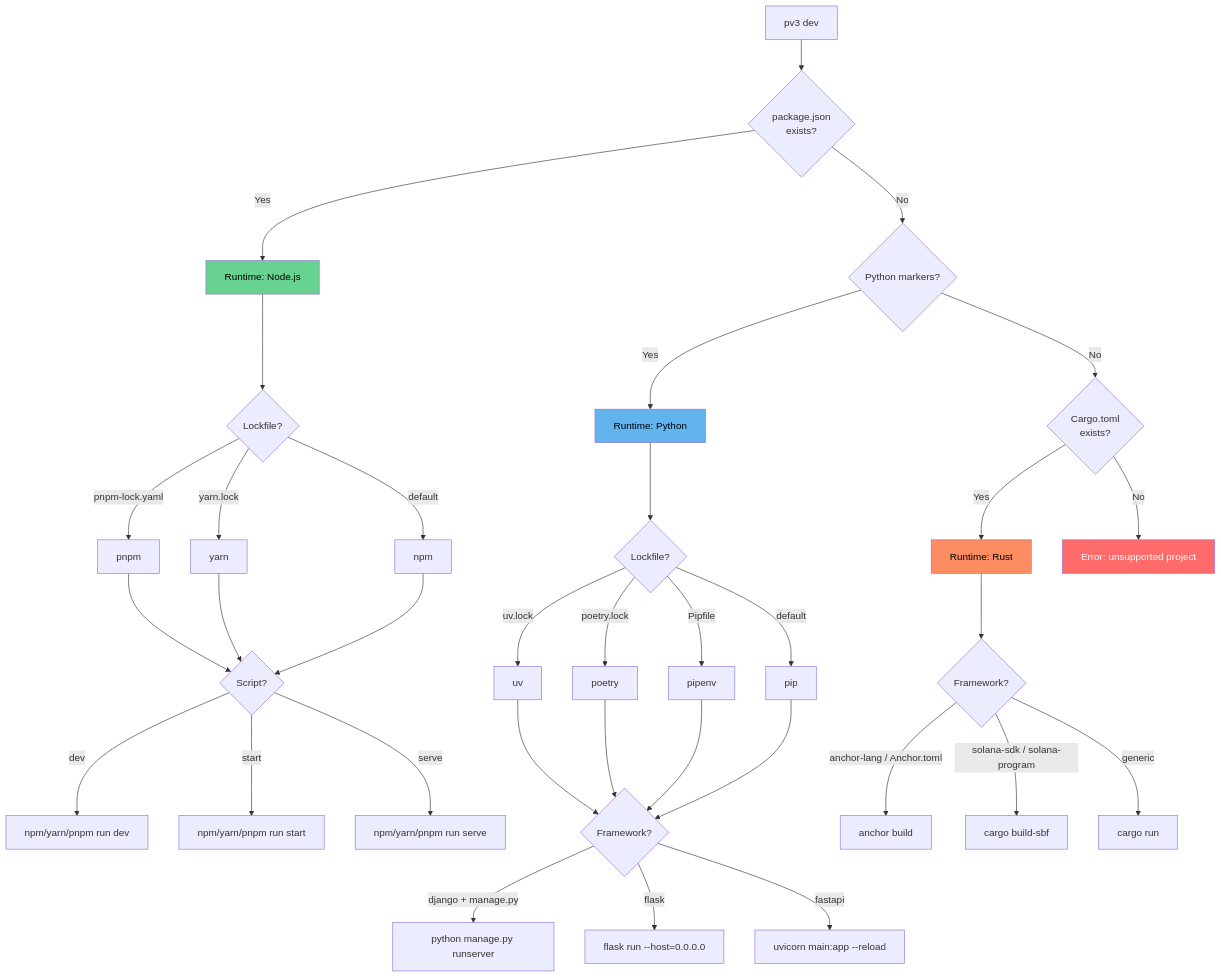
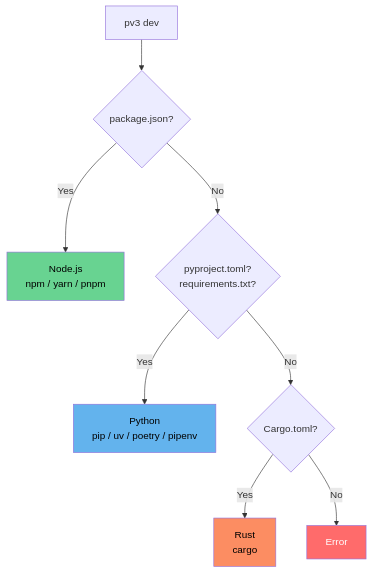
The third of 3 diagrams in README.md (bizmindx/pv3-cli), drawn with Mermaid before and after one commit. The commit also changed other lines of this file, not shown here.

Commit message:
Simplify README, reduce diagrams and remove over-explanation

````diff
--- a/README.md
+++ b/README.md
@@ -150,47 +71,15 @@
 ```mermaid
 flowchart TD
-    Start[pv3 dev] --> A{package.json<br>exists?}
+    Start["pv3 dev"] --> A{package.json?}
+    A -->|Yes| N["Node.js<br>npm / yarn / pnpm"]
+    A -->|No| B{pyproject.toml?<br>requirements.txt?}
+    B -->|Yes| P["Python<br>pip / uv / poetry / pipenv"]
+    B -->|No| C{Cargo.toml?}
+    C -->|Yes| R["Rust<br>cargo"]
+    C -->|No| ERR["Error"]
 
-    A -->|Yes| N1[Runtime: Node.js]
-    N1 --> N2{Lockfile?}
-    N2 -->|pnpm-lock.yaml| N3[pnpm]
-    N2 -->|yarn.lock| N4[yarn]
-    N2 -->|default| N5[npm]
-    N3 --> N6{Script?}
-    N4 --> N6
-    N5 --> N6
-    N6 -->|dev| N7["npm/yarn/pnpm run dev"]
-    N6 -->|start| N8["npm/yarn/pnpm run start"]
-    N6 -->|serve| N9["npm/yarn/pnpm run serve"]
-
-    A -->|No| B{Python markers?}
-
-    B -->|Yes| P1[Runtime: Python]
-    P1 --> P2{Lockfile?}
-    P2 -->|uv.lock| P3[uv]
-    P2 -->|poetry.lock| P4[poetry]
-    P2 -->|Pipfile| P5[pipenv]
-    P2 -->|default| P6[pip]
-    P3 --> P7{Framework?}
-    P4 --> P7
-    P5 --> P7
-    P6 --> P7
-    P7 -->|django + manage.py| P8["python manage.py runserver"]
-    P7 -->|flask| P9["flask run --host=0.0.0.0"]
-    P7 -->|fastapi| P10["uvicorn main:app --reload"]
-
-    B -->|No| C{Cargo.toml<br>exists?}
-
-    C -->|Yes| R1[Runtime: Rust]
-    R1 --> R2{Framework?}
-    R2 -->|anchor-lang / Anchor.toml| R3["anchor build"]
-    R2 -->|solana-sdk / solana-program| R4["cargo build-sbf"]
-    R2 -->|generic| R5["cargo run"]
-
-    C -->|No| ERR[Error: unsupported project]
-
-    style N1 fill:#68d391,color:#000
-    style P1 fill:#63b3ed,color:#000
-    style R1 fill:#fc8d62,color:#000
+    style N fill:#68d391,color:#000
+    style P fill:#63b3ed,color:#000
+    style R fill:#fc8d62,color:#000
     style ERR fill:#ff6b6b,color:#fff
 ```
````
